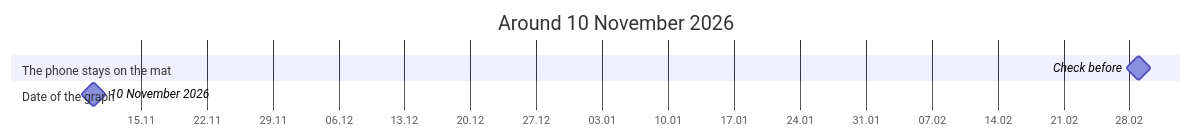
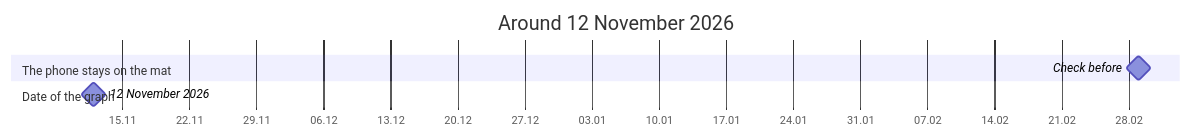
One commit to advancedcognitivesystems-ai/trame changed the diagram in apps/poselia/docs/timeline.md. Above: the diagram before and after it, drawn with Mermaid. The commit also changed other lines of this file and 221 other files, not shown here.

First line of the commit message:
C5: a value holds at every date; the seed of an entity; graph or data

````diff
--- a/apps/poselia/docs/timeline.md
+++ b/apps/poselia/docs/timeline.md
@@ -5,10 +5,10 @@
 ```mermaid
 gantt
   dateFormat YYYY-MM-DD
   axisFormat %d.%m
-  title Around 10 November 2026
+  title Around 12 November 2026
   section The phone stays on the mat
     Check before : milestone, 2027-03-01, 0d
   section Date of the graph
-    10 November 2026 : milestone, 2026-11-10, 0d
+    12 November 2026 : milestone, 2026-11-12, 0d
 ```
````
